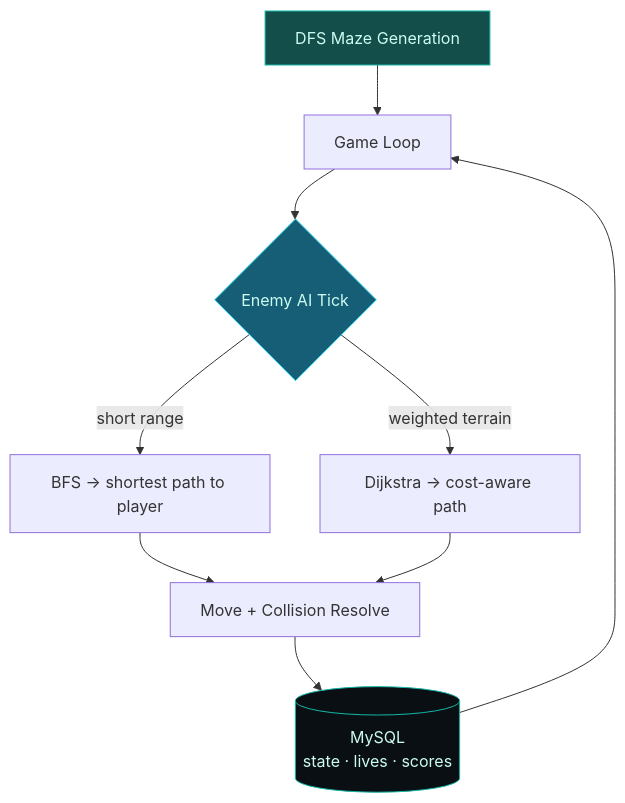
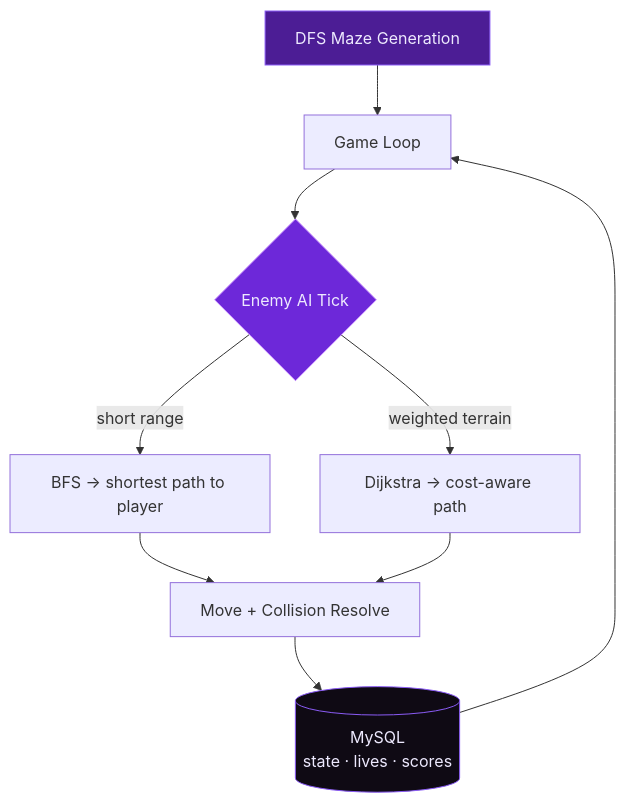
Before and after one commit to Sadia-Farooque/Sadia-Farooque: the second of 3 diagrams in README.md, drawn with Mermaid. The commit also changed other lines of this file, not shown here.

````diff
--- a/README.md
+++ b/README.md
@@ -110,14 +110,14 @@
 ```mermaid
 flowchart TD
     S[DFS Maze Generation] --> T[Game Loop]
     T --> U{Enemy AI Tick}
     U -->|short range| V[BFS → shortest path to player]
     U -->|weighted terrain| W[Dijkstra → cost-aware path]
     V & W --> X[Move + Collision Resolve]
     X --> Y[(MySQL<br/>state · lives · scores)]
     Y --> T
 
-    style S fill:#134e4a,stroke:#14b8a6,color:#ccfbf1
-    style U fill:#155e75,stroke:#22d3ee,color:#ccfbf1
-    style Y fill:#0a0f14,stroke:#14b8a6,color:#ccfbf1
+    style S fill:#4c1d95,stroke:#8b5cf6,color:#ede9fe
+    style U fill:#6d28d9,stroke:#c084fc,color:#ede9fe
+    style Y fill:#0f0a14,stroke:#8b5cf6,color:#ede9fe
 ```
````
